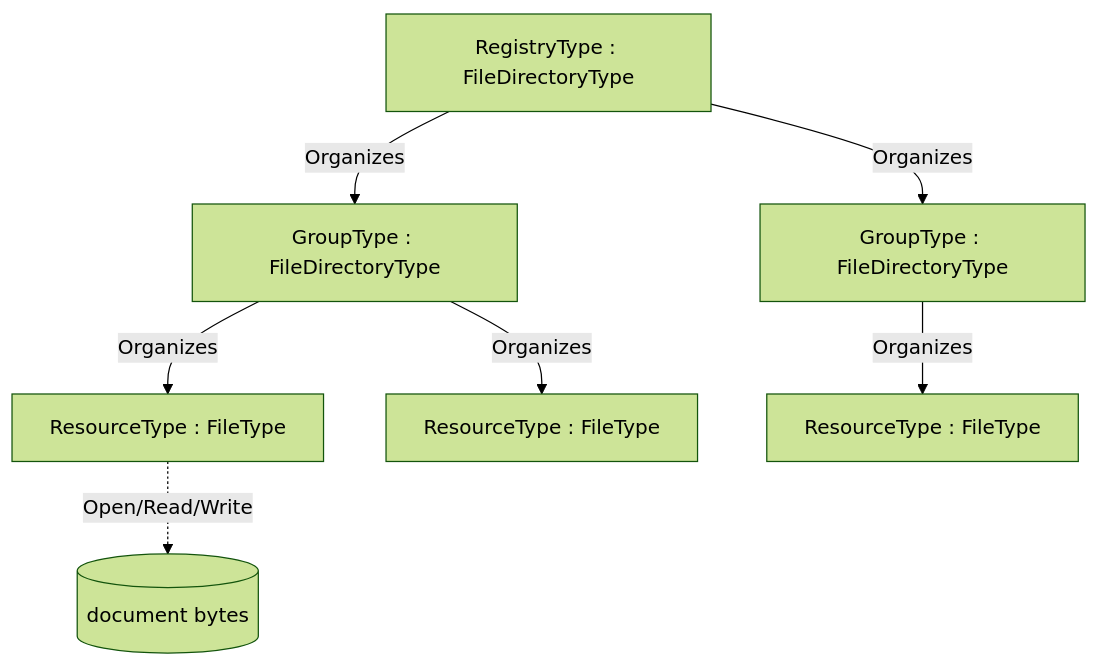
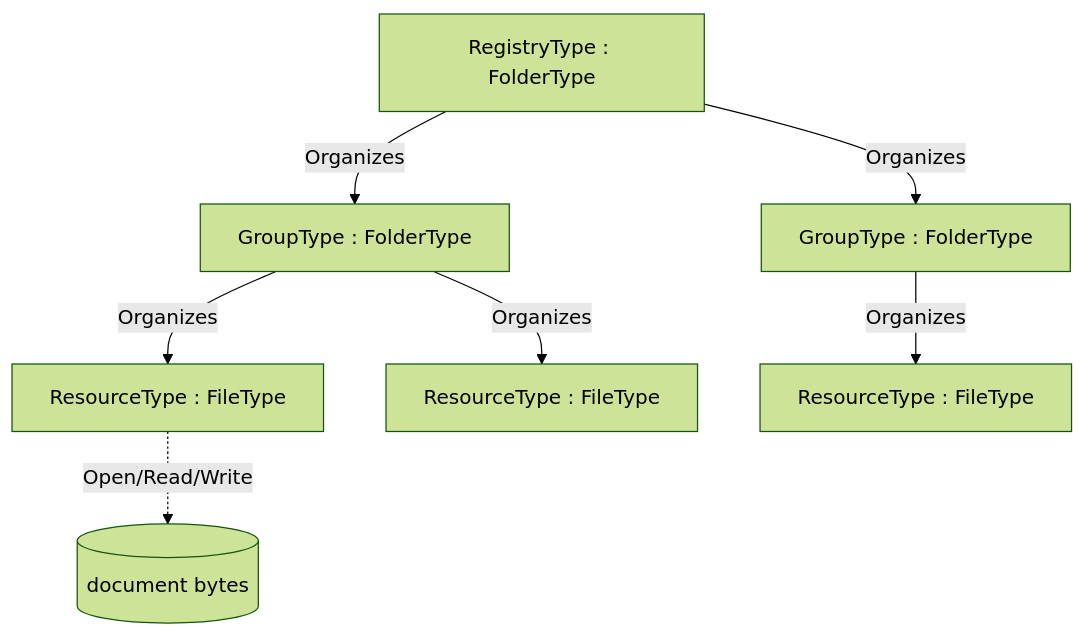
Before and after one commit to marcschier/opcua-drafts: the diagram in core-specs/xregistry/OPC-UA-xRegistry.md, drawn with Mermaid (forest theme). The commit also changed other lines of this file and 12 other files, not shown here.

````diff
--- a/core-specs/xregistry/OPC-UA-xRegistry.md
+++ b/core-specs/xregistry/OPC-UA-xRegistry.md
@@ -61,9 +62,9 @@
 ```mermaid
 graph TD
-  REG[RegistryType : FileDirectoryType] -->|Organizes| G1[GroupType : FileDirectoryType]
-  REG -->|Organizes| G2[GroupType : FileDirectoryType]
+  REG[RegistryType : FolderType] -->|Organizes| G1[GroupType : FolderType]
+  REG -->|Organizes| G2[GroupType : FolderType]
   G1 -->|Organizes| R1[ResourceType : FileType]
   G1 -->|Organizes| R2[ResourceType : FileType]
   G2 -->|Organizes| R3[ResourceType : FileType]
   R1 -.Open/Read/Write.-> DOC[(document bytes)]
 ```
````
